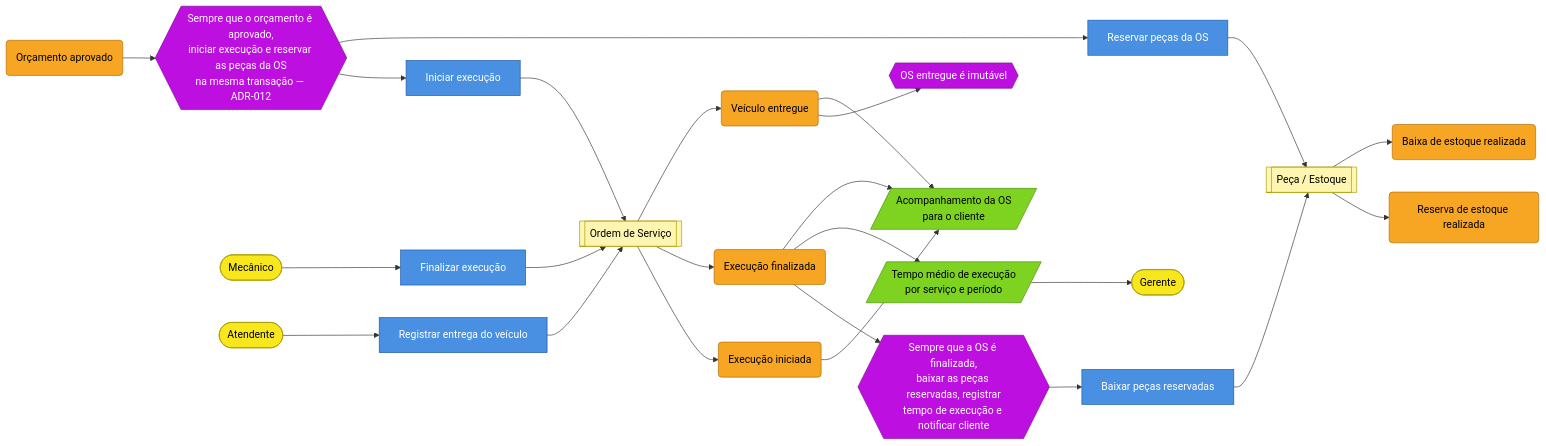
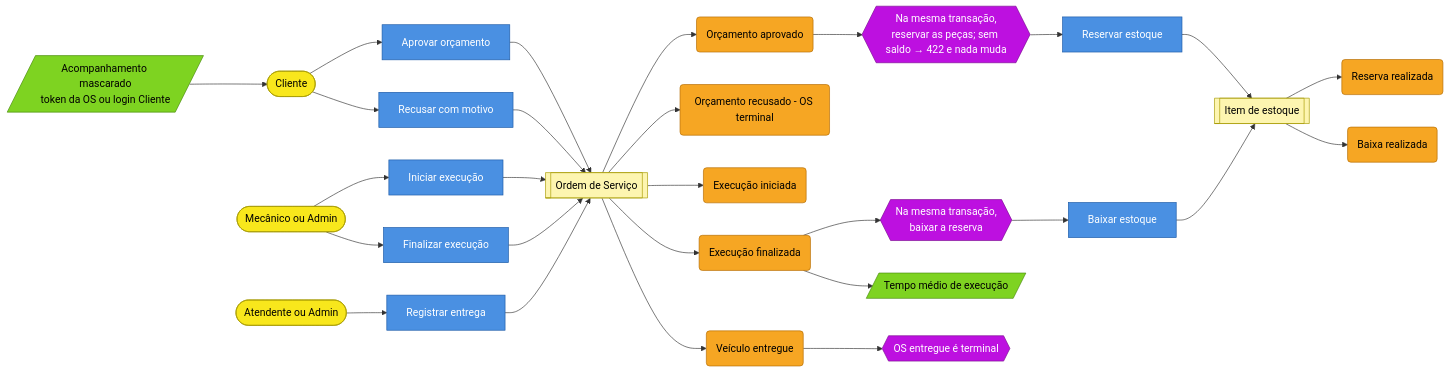
The fifth of 6 diagrams in docs/ddd/event-storming.md (HermandoThiago/FIAP-SOAT), drawn with Mermaid before and after one commit. The commit also changed other lines of this file and 263 other files, not shown here.

````diff
--- a/docs/ddd/event-storming.md
+++ b/docs/ddd/event-storming.md
@@ -124,23 +129,21 @@
 ```mermaid
 flowchart LR
     classDef evento fill:#f6a623,stroke:#b36b00,color:#000
     classDef comando fill:#4a90e2,stroke:#1c5aa6,color:#fff
     classDef ator fill:#f8e71c,stroke:#a89b00,color:#000
     classDef agregado fill:#fdf5b0,stroke:#a89b00,color:#000
     classDef politica fill:#bd10e0,stroke:#7a0a92,color:#fff
     classDef leitura fill:#7ed321,stroke:#4a8a0e,color:#000
 
-    E0(Orçamento aprovado):::evento --> PL1{{Sempre que o orçamento é aprovado,<br/>iniciar execução e reservar as peças da OS<br/>na mesma transação — ADR-012}}:::politica
-    PL1 --> C1[Iniciar execução]:::comando --> G1[[Ordem de Serviço]]:::agregado --> E1(Execução iniciada):::evento
-    PL1 --> C2[Reservar peças da OS]:::comando --> G2[[Peça / Estoque]]:::agregado --> E2(Reserva de estoque realizada):::evento
-    A1([Mecânico]):::ator --> C3[Finalizar execução]:::comando --> G1 --> E3(Execução finalizada):::evento
-    E3 --> PL2{{Sempre que a OS é finalizada,<br/>baixar as peças reservadas, registrar<br/>tempo de execução e notificar cliente}}:::politica
-    PL2 --> C5[Baixar peças reservadas]:::comando --> G2 --> E5(Baixa de estoque realizada):::evento
-    A2([Atendente]):::ator --> C4[Registrar entrega do veículo]:::comando --> G1 --> E4(Veículo entregue):::evento
-    E4 --> PL3{{OS entregue é imutável}}:::politica
-    E3 --> R1[/Tempo médio de execução<br/>por serviço e período/]:::leitura
-    E1 --> R2[/Acompanhamento da OS<br/>para o cliente/]:::leitura
-    E3 --> R2
-    E4 --> R2
-    R1 --> A3([Gerente]):::ator
+    R0[/Acompanhamento mascarado<br/>token da OS ou login Cliente/]:::leitura --> A0([Cliente]):::ator
+    A0 --> C0[Aprovar orçamento]:::comando --> G1[[Ordem de Serviço]]:::agregado --> E0(Orçamento aprovado):::evento
+    E0 --> PL1{{Na mesma transação,<br/>reservar as peças; sem saldo → 422 e nada muda}}:::politica
+    PL1 --> C2[Reservar estoque]:::comando --> G2[[Item de estoque]]:::agregado --> E2(Reserva realizada):::evento
+    A0 --> C0b[Recusar com motivo]:::comando --> G1 --> E0b(Orçamento recusado - OS terminal):::evento
+    A1([Mecânico ou Admin]):::ator --> C1[Iniciar execução]:::comando --> G1 --> E1(Execução iniciada):::evento
+    A1 --> C3[Finalizar execução]:::comando --> G1 --> E3(Execução finalizada):::evento
+    E3 --> PL2{{Na mesma transação,<br/>baixar a reserva}}:::politica --> C5[Baixar estoque]:::comando --> G2 --> E5(Baixa realizada):::evento
+    A2([Atendente ou Admin]):::ator --> C4[Registrar entrega]:::comando --> G1 --> E4(Veículo entregue):::evento
+    E4 --> PL3{{OS entregue é terminal}}:::politica
+    E3 --> R1[/Tempo médio de execução/]:::leitura
 ```
````
